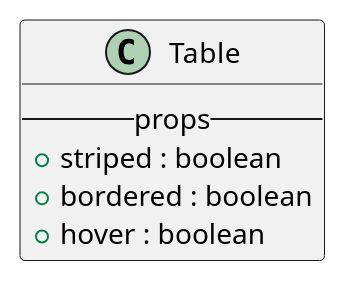
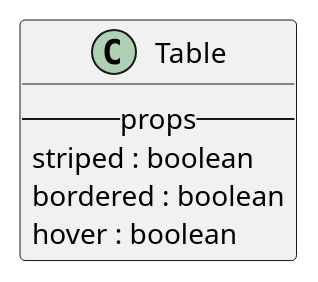
Before and after one commit to M9k/Marvin-Uml: the diagram in react/bootstrap/table.iuml, drawn with PlantUML. The commit also changed 10 other files, not shown here.

```diff
--- a/react/bootstrap/table.iuml
+++ b/react/bootstrap/table.iuml
@@ -1,6 +1,6 @@
 class Table{
     --props--
-        + striped : boolean
-        + bordered : boolean
-        + hover : boolean
+         striped : boolean
+         bordered : boolean
+         hover : boolean
 }
```
